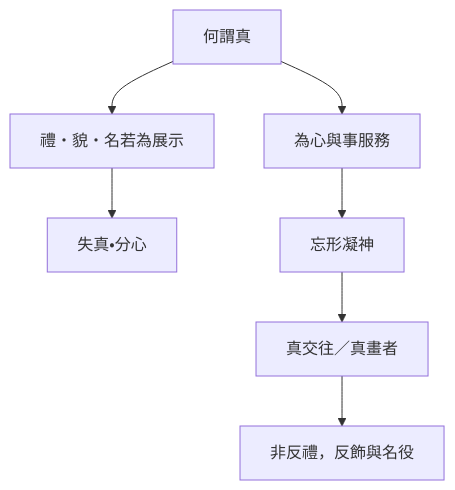
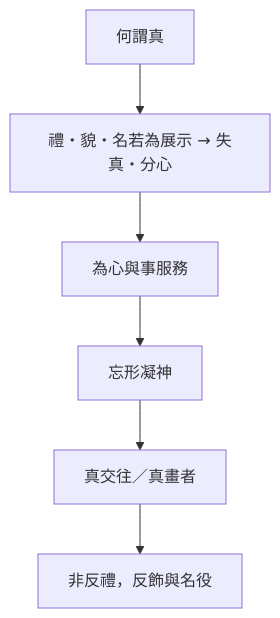
Before and after one commit to show0621/zhuangzi-atlas: the diagram in content/chapters/02-外篇/21-田子方.md, drawn with Mermaid. The commit also changed other lines of this file and 35 other files, not shown here.

First line of the commit message:
fix(print): 全書心智圖改單欄並獨頁放大

````diff
--- a/content/chapters/02-外篇/21-田子方.md
+++ b/content/chapters/02-外篇/21-田子方.md
@@ -239,9 +239,9 @@
 ```mermaid
 flowchart TB
-  Q[何謂真] --> F[禮・貌・名若為展示]
-  F --> L[失真・分心]
-  Q --> T[為心與事服務]
-  T --> C[忘形凝神]
-  C --> R[真交往／真畫者]
-  R --> N[非反禮，反飾與名役]
+  Q["何謂真"]
+  Q --> F["禮・貌・名若為展示 → 失真・分心"]
+  F --> T["為心與事服務"]
+  T --> C["忘形凝神"]
+  C --> R["真交往／真畫者"]
+  R --> N["非反禮，反飾與名役"]
 ```
````
